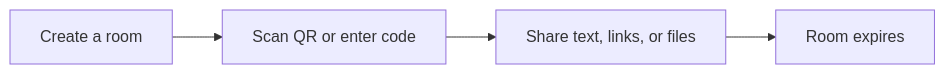
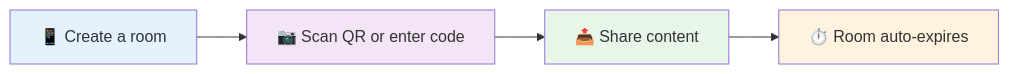
Before and after one commit to harshhhhal/LoopFlow: the diagram in README.md, drawn with Mermaid. The commit also changed other lines of this file, not shown here.

````diff
--- a/README.md
+++ b/README.md
@@ -7,6 +22,10 @@
 ```mermaid
 flowchart LR
-    A[Create a room] --> B[Scan QR or enter code]
-    B --> C[Share text, links, or files]
-    C --> D[Room expires]
+    A[📱 Create a room] --> B[📷 Scan QR or enter code]
+    B --> C[📤 Share content]
+    C --> D[⏱️ Room auto-expires]
+    style A fill:#e3f2fd
+    style B fill:#f3e5f5
+    style C fill:#e8f5e9
+    style D fill:#fff3e0
 ```
````
